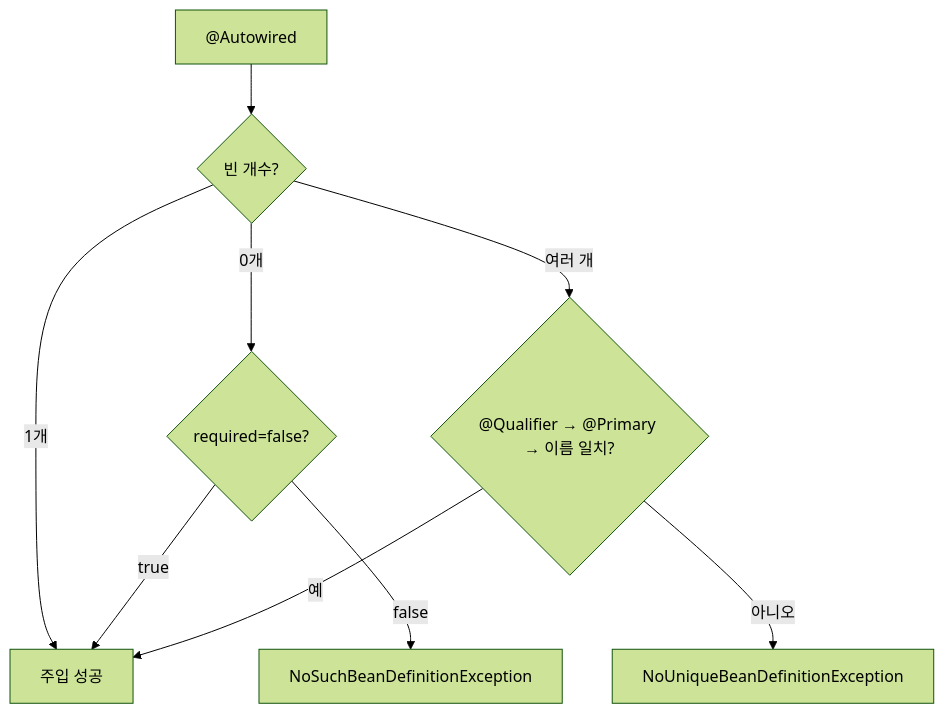
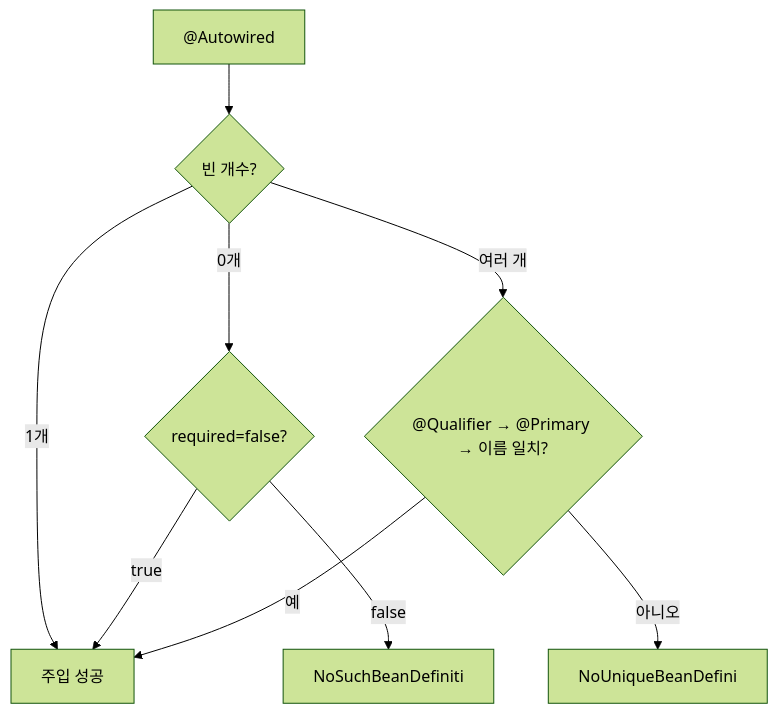
Before and after one commit to yjkim2015/yjkim2015.github.io: the sixth of 13 diagrams in _posts/spring/2026-05-02-spring-core-basic.md, drawn with Mermaid (forest theme). The commit also changed other lines of this file and 271 other files, not shown here.

First line of the commit message:
Mermaid 라벨 축소: 긴 노드 텍스트 18자 이하로 트림 + \n 제거

````diff
--- a/_posts/spring/2026-05-02-spring-core-basic.md
+++ b/_posts/spring/2026-05-02-spring-core-basic.md
@@ -365,11 +365,11 @@
 ```mermaid
 flowchart TD
     A["@Autowired"] --> B{"빈 개수?"}
     B -->|"1개"| D["주입 성공"]
     B -->|"0개"| E{"required=false?"}
     E -->|"true"| D
-    E -->|"false"| G["NoSuchBeanDefinitionException"]
+    E -->|"false"| G["NoSuchBeanDefiniti"]
     B -->|"여러 개"| H{"@Qualifier → @Primary → 이름 일치?"}
     H -->|"예"| D
-    H -->|"아니오"| K["NoUniqueBeanDefinitionException"]
+    H -->|"아니오"| K["NoUniqueBeanDefini"]
 ```
````
